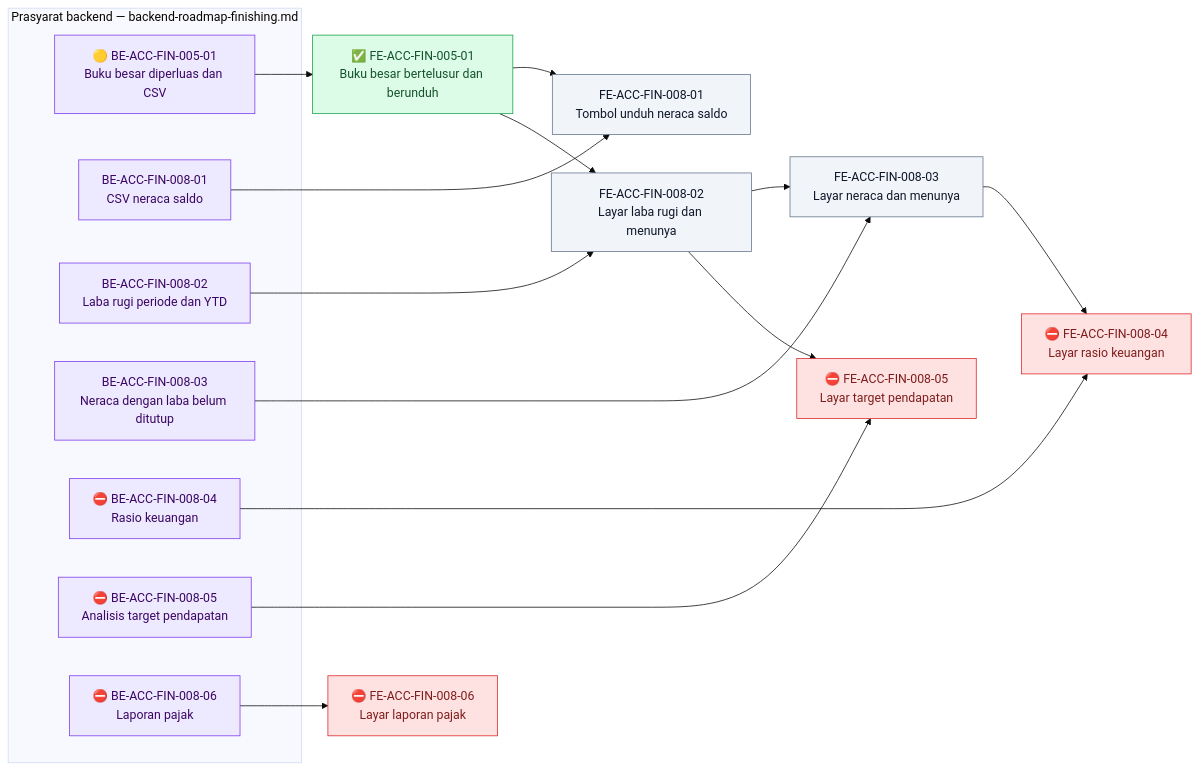
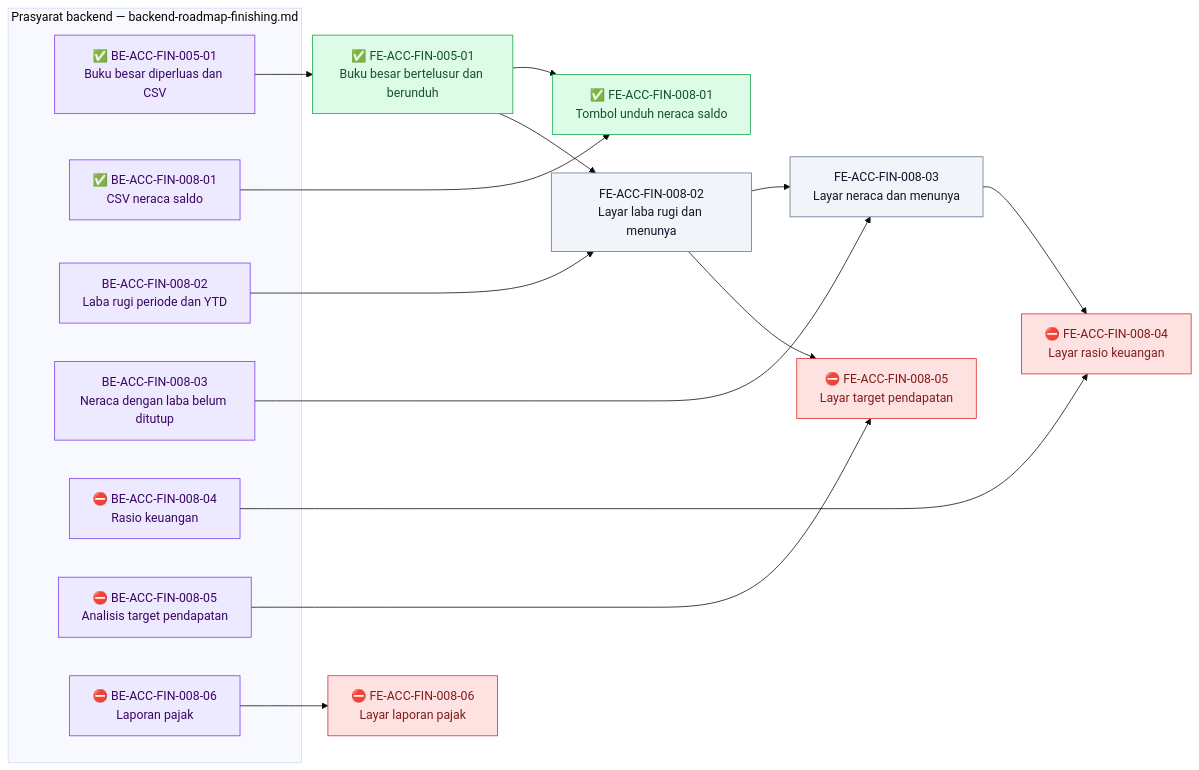
Before and after one commit to DevBenari/NewQuilvianSystemBackend: the diagram in docs/module-blueprints/accounting/roadmap/frontend-roadmap-finishing.md, drawn with Mermaid (base theme). The commit also changed other lines of this file and 12 other files, not shown here.

First line of the commit message:
feat(accounting): CSV neraca saldo dan penguatan batas unduhan buku besar (BE-ACC-FIN-008-01, BE-ACC-FIN-005-01)

````diff
--- a/docs/module-blueprints/accounting/roadmap/frontend-roadmap-finishing.md
+++ b/docs/module-blueprints/accounting/roadmap/frontend-roadmap-finishing.md
@@ -40,39 +40,39 @@
 ```mermaid
 flowchart LR
     classDef selesai fill:#DCFCE7,stroke:#16A34A,color:#14532D
     classDef sebagian fill:#FEF9C3,stroke:#CA8A04,color:#713F12
     classDef terblokir fill:#FEE2E2,stroke:#DC2626,color:#7F1D1D
     classDef belum fill:#F1F5F9,stroke:#64748B,color:#0F172A
     classDef luar fill:#EDE9FE,stroke:#7C3AED,color:#3B0764
 
     subgraph backend["Prasyarat backend — backend-roadmap-finishing.md"]
-        BEACCFIN00501["🟡 BE-ACC-FIN-005-01<br/>Buku besar diperluas dan CSV"]:::luar
-        BEACCFIN00801["BE-ACC-FIN-008-01<br/>CSV neraca saldo"]:::luar
+        BEACCFIN00501["✅ BE-ACC-FIN-005-01<br/>Buku besar diperluas dan CSV"]:::luar
+        BEACCFIN00801["✅ BE-ACC-FIN-008-01<br/>CSV neraca saldo"]:::luar
         BEACCFIN00802["BE-ACC-FIN-008-02<br/>Laba rugi periode dan YTD"]:::luar
         BEACCFIN00803["BE-ACC-FIN-008-03<br/>Neraca dengan laba belum ditutup"]:::luar
         BEACCFIN00804["⛔ BE-ACC-FIN-008-04<br/>Rasio keuangan"]:::luar
         BEACCFIN00805["⛔ BE-ACC-FIN-008-05<br/>Analisis target pendapatan"]:::luar
         BEACCFIN00806["⛔ BE-ACC-FIN-008-06<br/>Laporan pajak"]:::luar
     end
 
     FEACCFIN00501["✅ FE-ACC-FIN-005-01<br/>Buku besar bertelusur dan berunduh"]:::selesai
-    FEACCFIN00801["FE-ACC-FIN-008-01<br/>Tombol unduh neraca saldo"]:::belum
+    FEACCFIN00801["✅ FE-ACC-FIN-008-01<br/>Tombol unduh neraca saldo"]:::selesai
     FEACCFIN00802["FE-ACC-FIN-008-02<br/>Layar laba rugi dan menunya"]:::belum
     FEACCFIN00803["FE-ACC-FIN-008-03<br/>Layar neraca dan menunya"]:::belum
     FEACCFIN00804["⛔ FE-ACC-FIN-008-04<br/>Layar rasio keuangan"]:::terblokir
     FEACCFIN00805["⛔ FE-ACC-FIN-008-05<br/>Layar target pendapatan"]:::terblokir
     FEACCFIN00806["⛔ FE-ACC-FIN-008-06<br/>Layar laporan pajak"]:::terblokir
 
     BEACCFIN00501 --> FEACCFIN00501
     BEACCFIN00801 --> FEACCFIN00801
     FEACCFIN00501 --> FEACCFIN00801
     BEACCFIN00802 --> FEACCFIN00802
     FEACCFIN00501 --> FEACCFIN00802
     BEACCFIN00803 --> FEACCFIN00803
     FEACCFIN00802 --> FEACCFIN00803
     BEACCFIN00804 --> FEACCFIN00804
     FEACCFIN00803 --> FEACCFIN00804
     BEACCFIN00805 --> FEACCFIN00805
     FEACCFIN00802 --> FEACCFIN00805
     BEACCFIN00806 --> FEACCFIN00806
 ```
````
